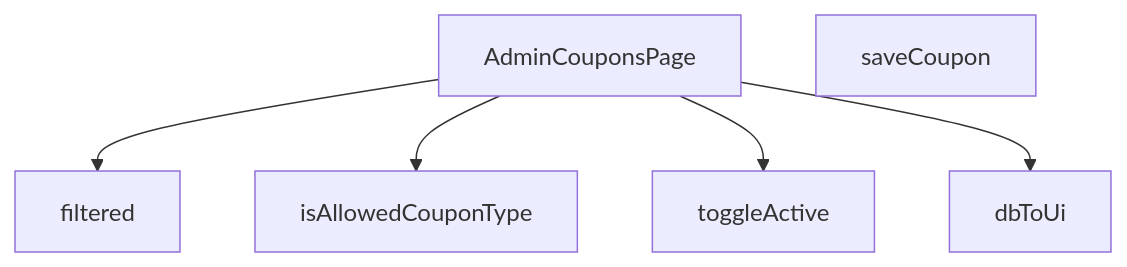
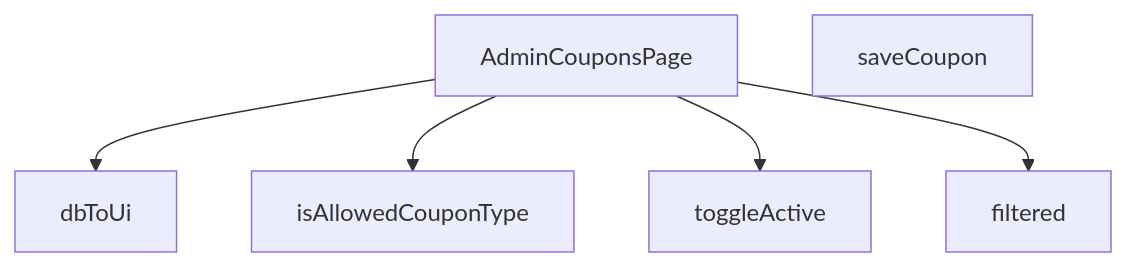
The diagram in src/views/admin/AdminCouponsPage.md (peckop/venthub-hvac-esite), drawn with Mermaid before and after one commit. The commit also changed other lines of this file and 723 other files, not shown here.

````diff
--- a/src/views/admin/AdminCouponsPage.md
+++ b/src/views/admin/AdminCouponsPage.md
@@ -231,13 +158,13 @@
 ```mermaid
 graph TD
     AdminCouponsPage_tsx__AdminCouponsPage["AdminCouponsPage"]
     AdminCouponsPage_tsx__dbToUi["dbToUi"]
     AdminCouponsPage_tsx__filtered["filtered"]
     AdminCouponsPage_tsx__isAllowedCouponType["isAllowedCouponType"]
     AdminCouponsPage_tsx__saveCoupon["saveCoupon"]
     AdminCouponsPage_tsx__toggleActive["toggleActive"]
-    AdminCouponsPage_tsx__AdminCouponsPage --> AdminCouponsPage_tsx__filtered
+    AdminCouponsPage_tsx__AdminCouponsPage --> AdminCouponsPage_tsx__dbToUi
     AdminCouponsPage_tsx__AdminCouponsPage --> AdminCouponsPage_tsx__isAllowedCouponType
     AdminCouponsPage_tsx__AdminCouponsPage --> AdminCouponsPage_tsx__toggleActive
-    AdminCouponsPage_tsx__AdminCouponsPage --> AdminCouponsPage_tsx__dbToUi
+    AdminCouponsPage_tsx__AdminCouponsPage --> AdminCouponsPage_tsx__filtered
 ```
````
